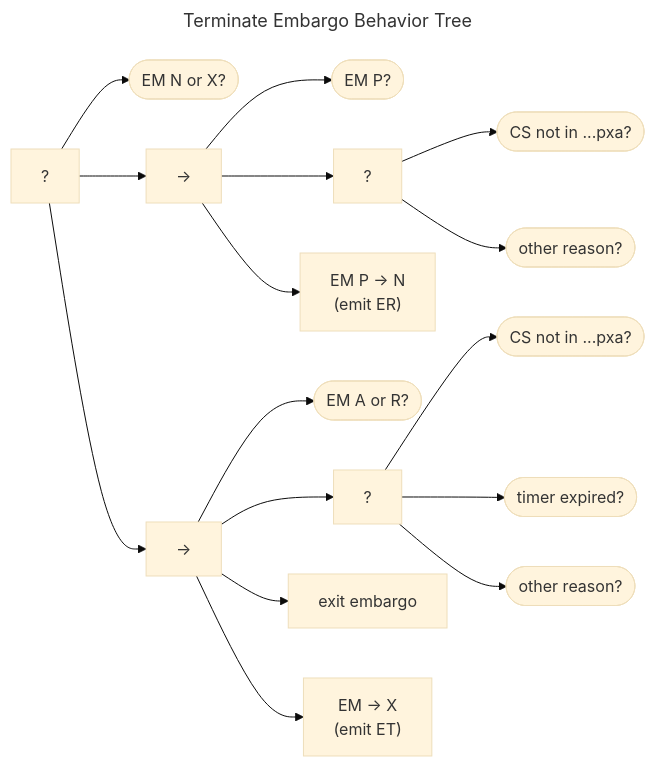
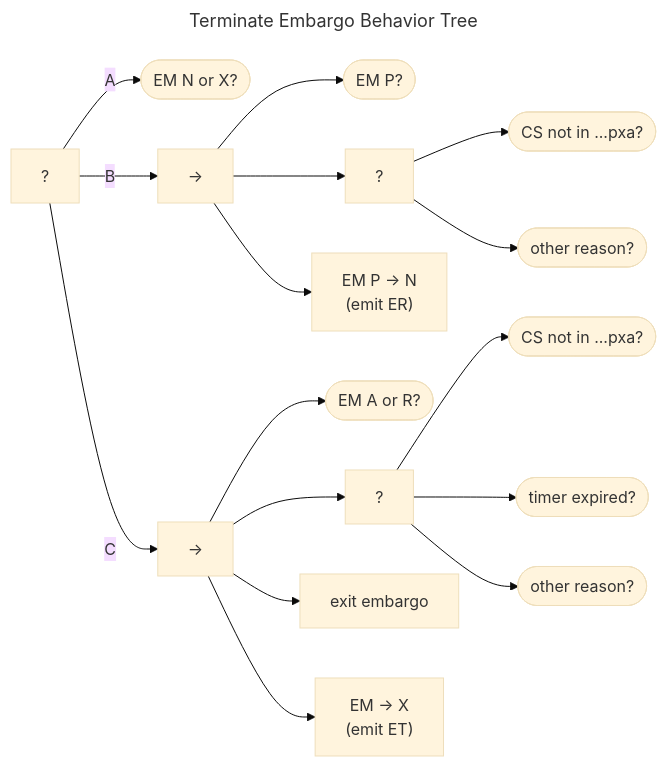
The diagram in docs/topics/behavior_logic/em_terminate_bt.md (CERTCC/Vultron), drawn with Mermaid (base theme) before and after one commit. The commit also changed other lines of this file and 21 other files, not shown here.

````diff
--- a/docs/topics/behavior_logic/em_terminate_bt.md
+++ b/docs/topics/behavior_logic/em_terminate_bt.md
@@ -6,37 +6,37 @@
 ```mermaid
 ---
 title: Terminate Embargo Behavior Tree
 ---
 flowchart LR
     fb[?]
     em_n_or_x(["EM N or X?"])
-    fb --> em_n_or_x
+    fb -->|A| em_n_or_x
     p_seq["&rarr;"]
-    fb --> p_seq
+    fb -->|B| p_seq
     em_p(["EM P?"])
     p_seq --> em_p
     p_fb[?]
     p_seq --> p_fb
     p_cs_not_pxa(["CS not in ...pxa?"])
     p_fb --> p_cs_not_pxa
     other(["other reason?"])
     p_fb --> other
     p_em_to_n["EM P &rarr; N<br/>(emit ER)"]
     p_seq --> p_em_to_n
     ar_seq["&rarr;"]
-    fb --> ar_seq
+    fb -->|C| ar_seq
     em_a_or_r(["EM A or R?"])
     ar_seq --> em_a_or_r
     ar_fb[?]
     ar_seq --> ar_fb
     ar_cs_not_pxa(["CS not in ...pxa?"])
     ar_fb --> ar_cs_not_pxa
     ar_timer_expired(["timer expired?"])
     ar_fb --> ar_timer_expired
     ar_other(["other reason?"])
     ar_fb --> ar_other
     ar_exit_embargo["exit embargo"]
     ar_seq --> ar_exit_embargo
     ar_em_to_x["EM &rarr; X<br/>(emit ET)"]
     ar_seq --> ar_em_to_x
 ```
````
